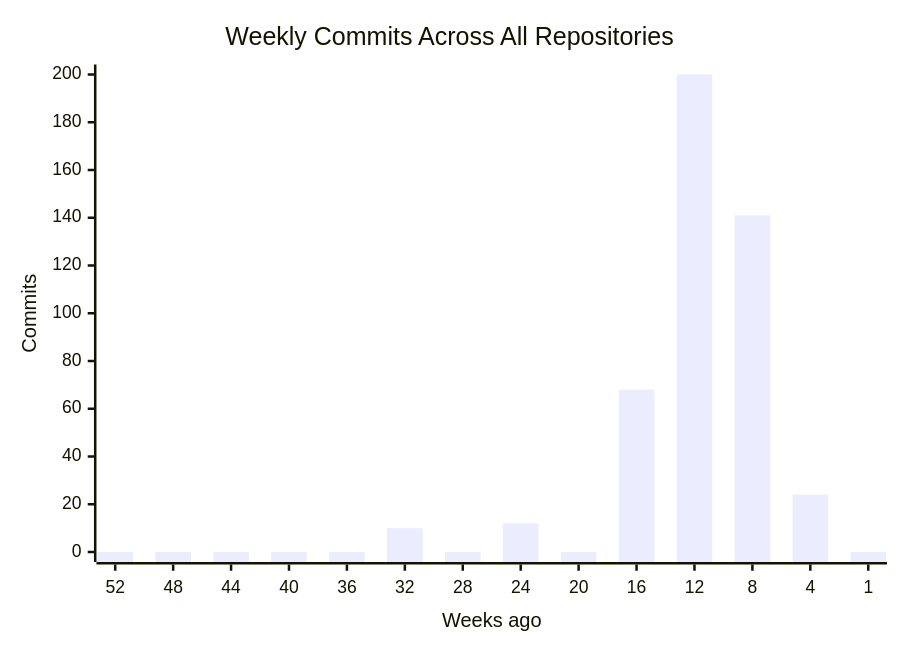
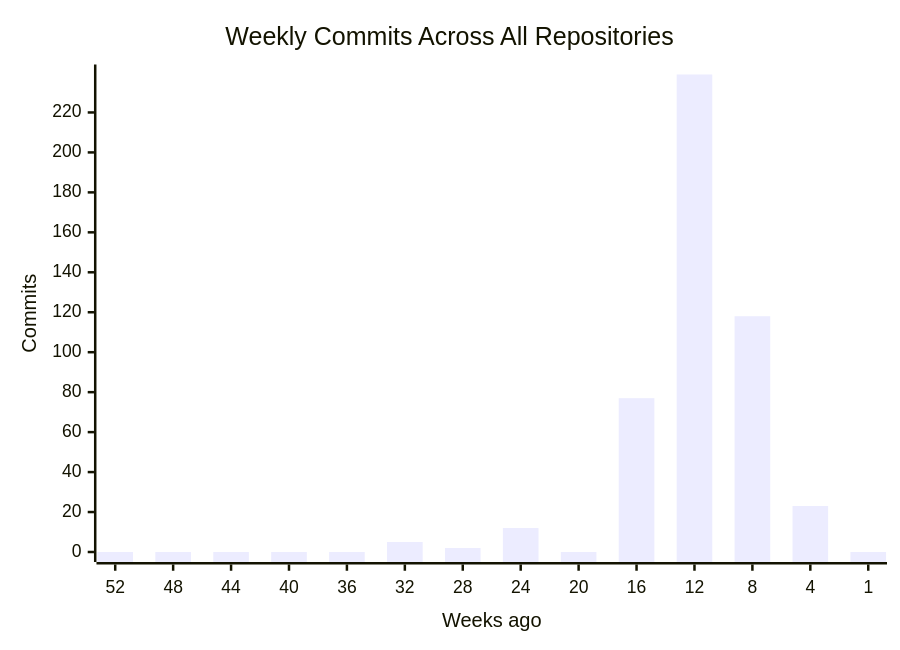
The first of 4 diagrams in profile/README.md (CSTH-Projects/.github), drawn with Mermaid before and after one commit. The commit also changed other lines of this file, not shown here.

````diff
--- a/profile/README.md
+++ b/profile/README.md
@@ -16,7 +16,7 @@
 ```mermaid
 xychart-beta
     title "Weekly Commits Across All Repositories"
     x-axis "Weeks ago" [52, 48, 44, 40, 36, 32, 28, 24, 20, 16, 12, 8, 4, 1]
     y-axis "Commits"
-    bar [0, 0, 0, 0, 0, 10, 0, 12, 0, 68, 200, 141, 24, 0]
+    bar [0, 0, 0, 0, 0, 5, 2, 12, 0, 77, 239, 118, 23, 0]
 ```
````
